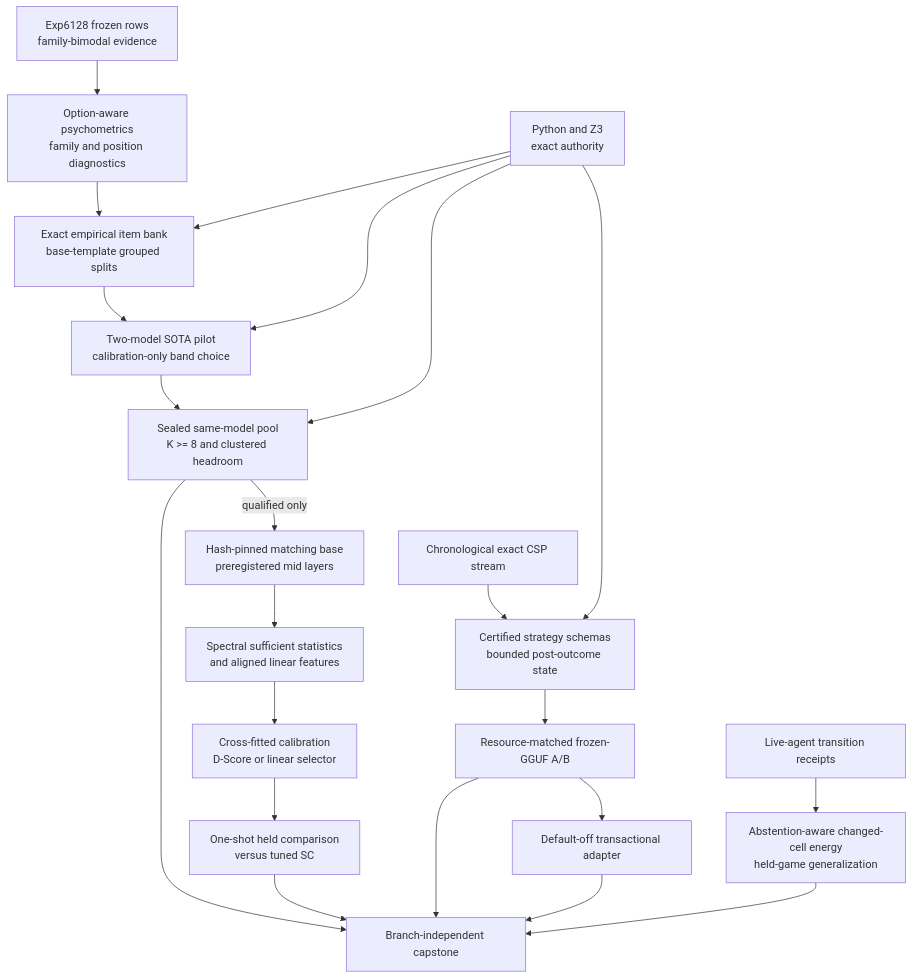
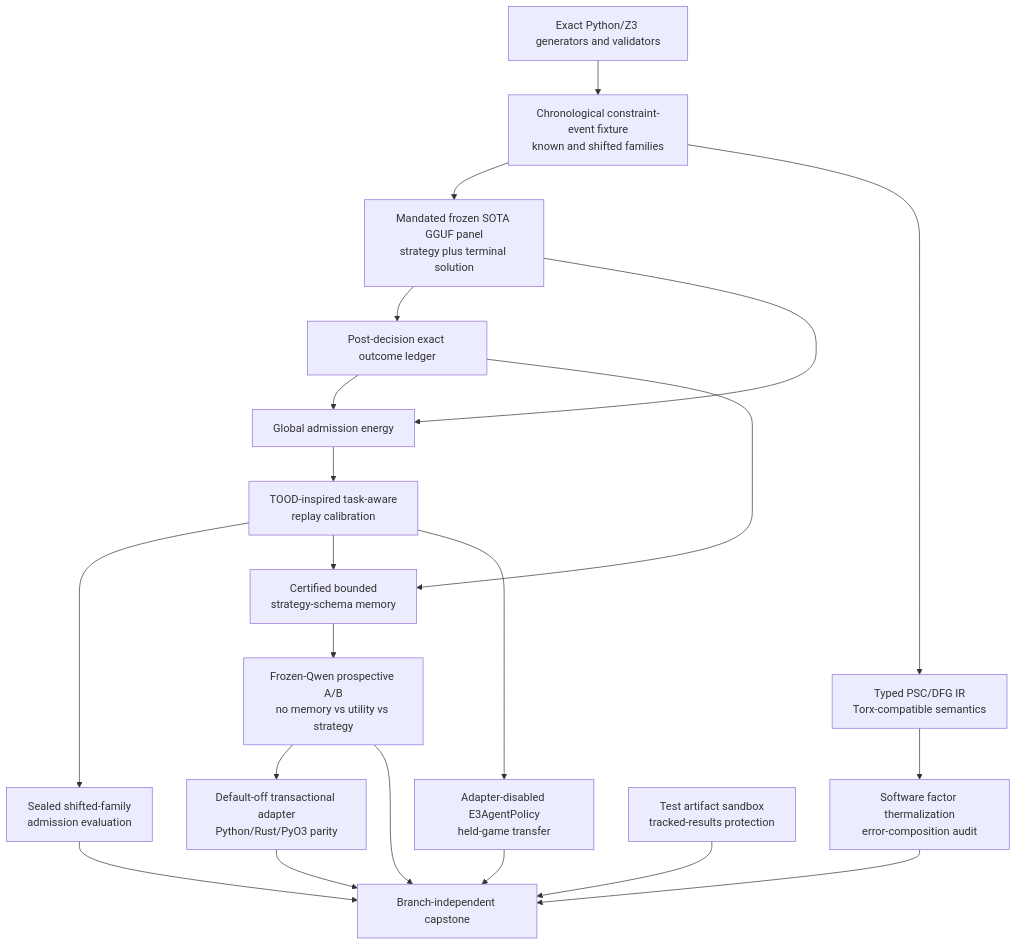
The diagram in openspec/change-proposals/research-roadmap-vNEXT.md (Carnot-EBM/carnot-ebm), drawn with Mermaid before and after one commit. The commit also changed other lines of this file and 9 other files, not shown here.

````diff
--- a/openspec/change-proposals/research-roadmap-vNEXT.md
+++ b/openspec/change-proposals/research-roadmap-vNEXT.md
@@ -109,39 +114,37 @@
 ```mermaid
 flowchart TD
-    OLD[Exp6128 frozen rows\nfamily-bimodal evidence]
-    PSY[Option-aware psychometrics\nfamily and position diagnostics]
-    BANK[Exact empirical item bank\nbase-template grouped splits]
-    PILOT[Two-model SOTA pilot\ncalibration-only band choice]
-    POOL[Sealed same-model pool\nK >= 8 and clustered headroom]
-    EXACT[Python and Z3\nexact authority]
+    EXACT[Exact Python/Z3 generators and validators]
+    STREAM[Chronological constraint-event fixture\nknown and shifted families]
+    GGUF[Mandated frozen SOTA GGUF panel\nstrategy plus terminal solution]
+    OUTCOME[Post-decision exact outcome ledger]
 
-    BASE[Hash-pinned matching base\npreregistered mid layers]
-    SPEC[Spectral sufficient statistics\nand aligned linear features]
-    SEL[Cross-fitted calibration\nD-Score or linear selector]
-    HELD[One-shot held comparison\nversus tuned SC]
+    GLOBAL[Global admission energy]
+    TASKCAL[TOOD-inspired task-aware\nreplay calibration]
+    HELD[Sealed shifted-family\nadmission evaluation]
 
-    STREAM[Chronological exact CSP stream]
-    SCHEMA[Certified strategy schemas\nbounded post-outcome state]
-    CSL[Resource-matched frozen-GGUF A/B]
-    SHADOW[Default-off transactional adapter]
+    SCHEMA[Certified bounded\nstrategy-schema memory]
+    CSL[Frozen-Qwen prospective A/B\nno memory vs utility vs strategy]
+    SHADOW[Default-off transactional adapter\nPython/Rust/PyO3 parity]
 
-    TRANS[Live-agent transition receipts]
-    CHANGE[Abstention-aware changed-cell energy\nheld-game generalization]
+    PSC[Typed PSC/DFG IR\nTorx-compatible semantics]
+    THERM[Software factor thermalization\nerror-composition audit]
+
+    ARC[Adapter-disabled E3AgentPolicy\nheld-game transfer]
+    ISO[Test artifact sandbox\ntracked-results protection]
     CAP[Branch-independent capstone]
 
-    OLD --> PSY --> BANK --> PILOT --> POOL
-    EXACT --> BANK
-    EXACT --> PILOT
-    EXACT --> POOL
-    POOL -->|qualified only| BASE --> SPEC --> SEL --> HELD
+    EXACT --> STREAM --> GGUF --> OUTCOME
+    GGUF --> GLOBAL
+    OUTCOME --> GLOBAL --> TASKCAL --> HELD
+    OUTCOME --> SCHEMA
+    TASKCAL --> SCHEMA --> CSL --> SHADOW
 
-    STREAM --> SCHEMA --> CSL --> SHADOW
-    EXACT --> SCHEMA
-    TRANS --> CHANGE
-
-    POOL --> CAP
+    STREAM --> PSC --> THERM
+    TASKCAL --> ARC
+    ISO --> CAP
     HELD --> CAP
     CSL --> CAP
     SHADOW --> CAP
-    CHANGE --> CAP
+    THERM --> CAP
+    ARC --> CAP
 ```
````
